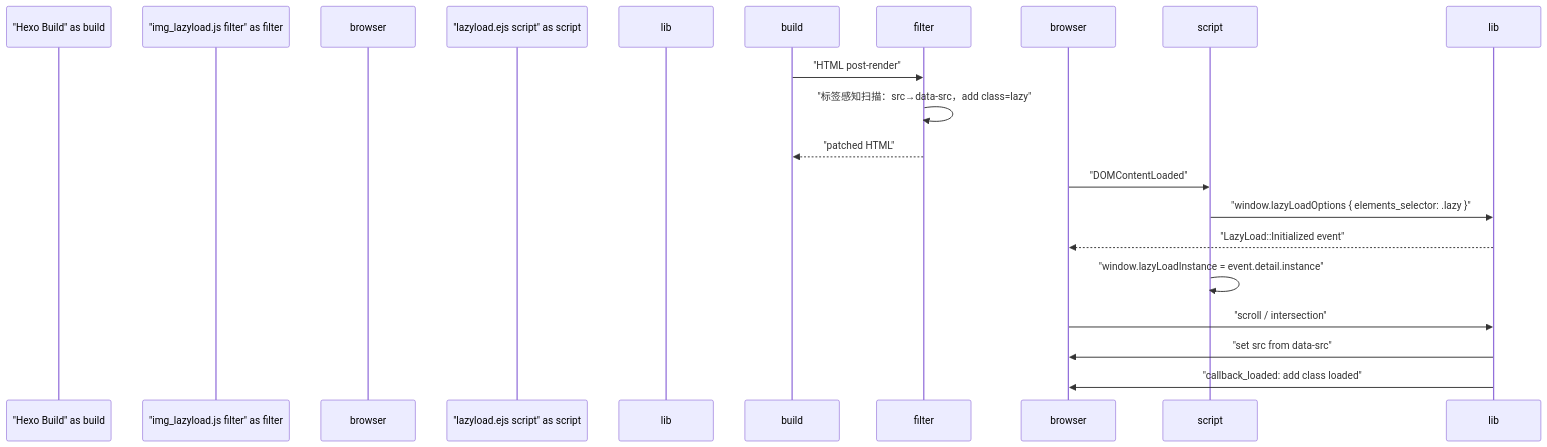
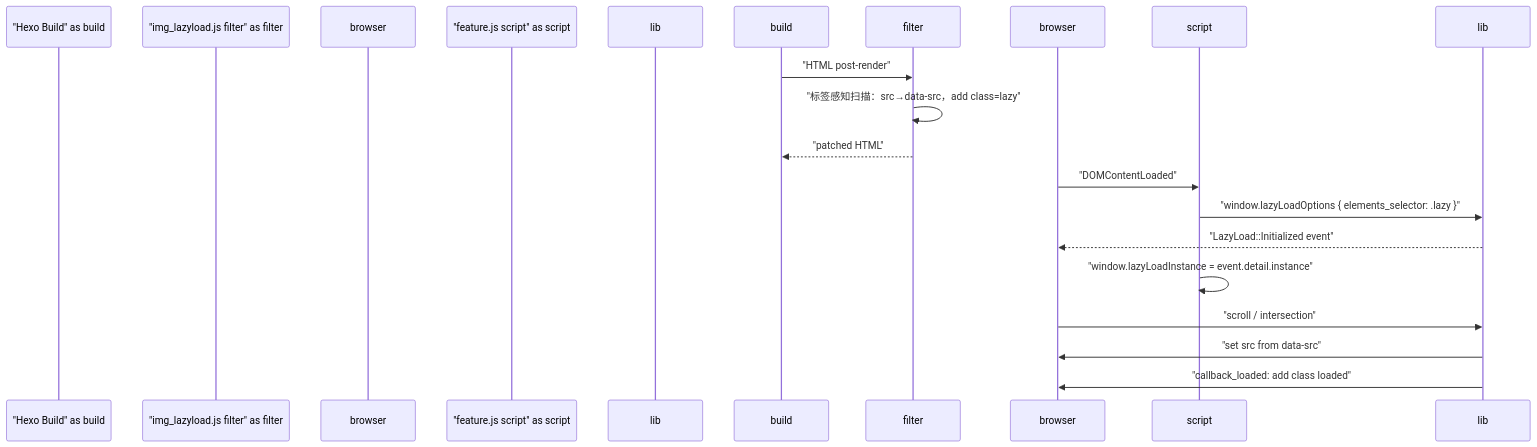
One commit to xaoxuu/hexo-theme-stellar changed the second of 3 diagrams in docs/knowledge/09-高级主题/performance.md. Above: the diagram before and after it, drawn with Mermaid. The commit also changed other lines of this file and 861 other files, not shown here.

````diff
--- a/docs/knowledge/09-高级主题/performance.md
+++ b/docs/knowledge/09-高级主题/performance.md
@@ -90,19 +90,19 @@
 ```mermaid
 sequenceDiagram
   participant "Hexo Build" as build
   participant "img_lazyload.js filter" as filter
   participant "Browser" as browser
-  participant "lazyload.ejs script" as script
+  participant "feature.js script" as script
   participant "vanilla-lazyload" as lib
 
   build->>filter: "HTML post-render"
   filter->>filter: "标签感知扫描：src→data-src，add class=lazy"
   filter-->>build: "patched HTML"
   browser->>script: "DOMContentLoaded"
   script->>lib: "window.lazyLoadOptions { elements_selector: .lazy }"
   lib-->>browser: "LazyLoad::Initialized event"
   script->>script: "window.lazyLoadInstance = event.detail.instance"
   browser->>lib: "scroll / intersection"
   lib->>browser: "set src from data-src"
   lib->>browser: "callback_loaded: add class loaded"
 ```
````
